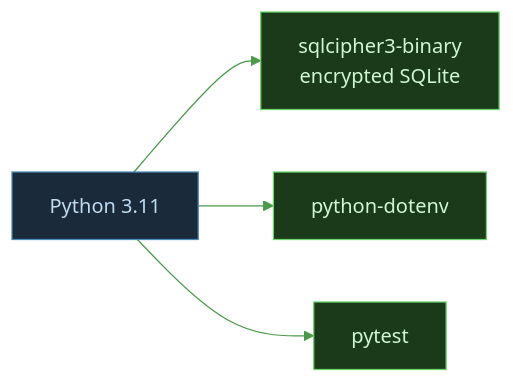
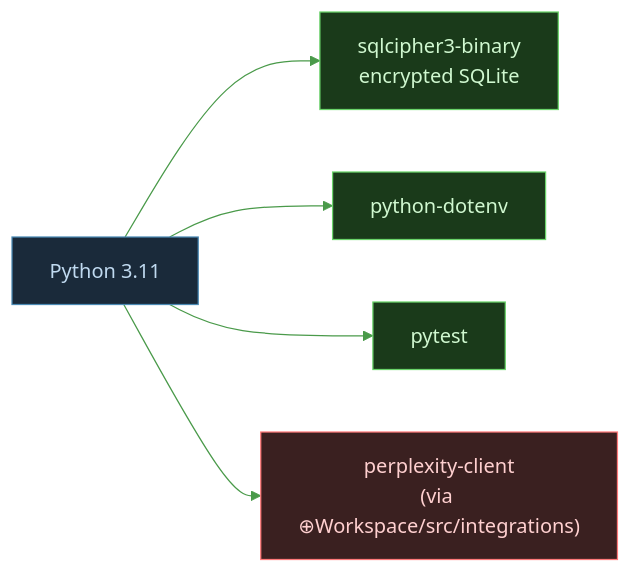
One commit to tylerdrakemusic/-Workspace changed the diagram in diagrams/capital-tech-stack.mmd. Above: the diagram before and after it, drawn with Mermaid. The commit also changed 3 other files, not shown here.

Commit message:
diagrams(FR-20260601-sigma-research-agent): update capital + workspace topology diagrams

```diff
--- a/diagrams/capital-tech-stack.mmd
+++ b/diagrams/capital-tech-stack.mmd
@@ -1,19 +1,21 @@
 %%{init: {'theme': 'base', 'themeVariables': {'primaryColor': '#1a3a1a', 'primaryTextColor': '#d0f8d0', 'edgeLabelBackground': '#0f1318', 'lineColor': '#4a9a4a'}}}%%
 graph LR
     Python[Python 3.11] --> SQLCipher[sqlcipher3-binary<br/>encrypted SQLite]
     Python --> Dotenv[python-dotenv]
     Python --> Pytest[pytest]
+    Python --> Perplexity["perplexity-client<br/>(via ⊕Workspace/src/integrations)"]
     class Python lang
     class SQLCipher,Dotenv,Pytest lib
+    class Perplexity ext
 
 classDef life     fill:#1a2e3a,stroke:#6ab4d4,color:#d0ecf8
 classDef music    fill:#3a1a24,stroke:#d47a8f,color:#f8d0dc
 classDef quantum  fill:#251a3a,stroke:#a07adf,color:#e8d0f8
 classDef manifest fill:#3a2e1a,stroke:#d4a96a,color:#f8ead0
 classDef capital  fill:#1a3a1a,stroke:#6ad46a,color:#d0f8d0
 classDef ws       fill:#1a3a30,stroke:#6ad4b4,color:#d0f8ee
 classDef tyler    fill:#2a1a3a,stroke:#9e4aff,color:#fff
 classDef ext      fill:#3a2020,stroke:#ff7a7a,color:#ffd0d0
 classDef db       fill:#3a3010,stroke:#d4c050,color:#f8f0c0
 classDef lang     fill:#1a2a3a,stroke:#4a8ab4,color:#c0daf0
 classDef lib      fill:#1a3a1a,stroke:#6ad46a,color:#d0f8d0
```
